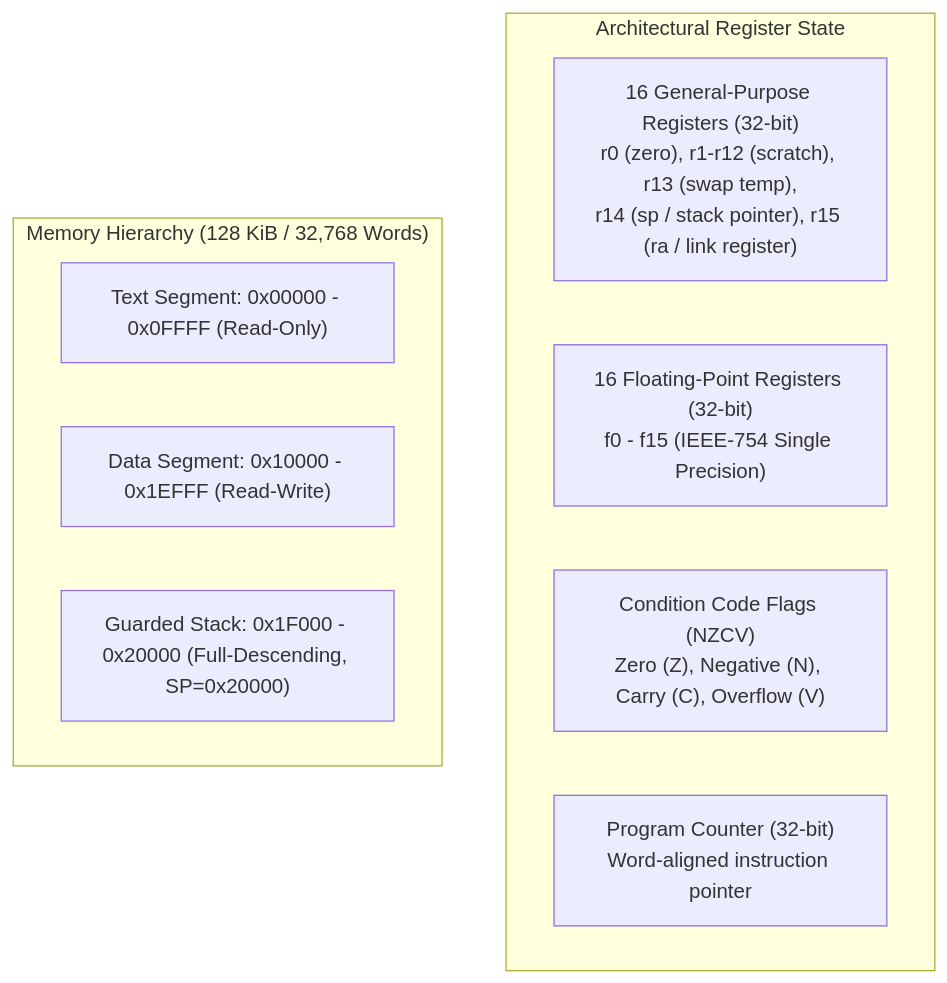
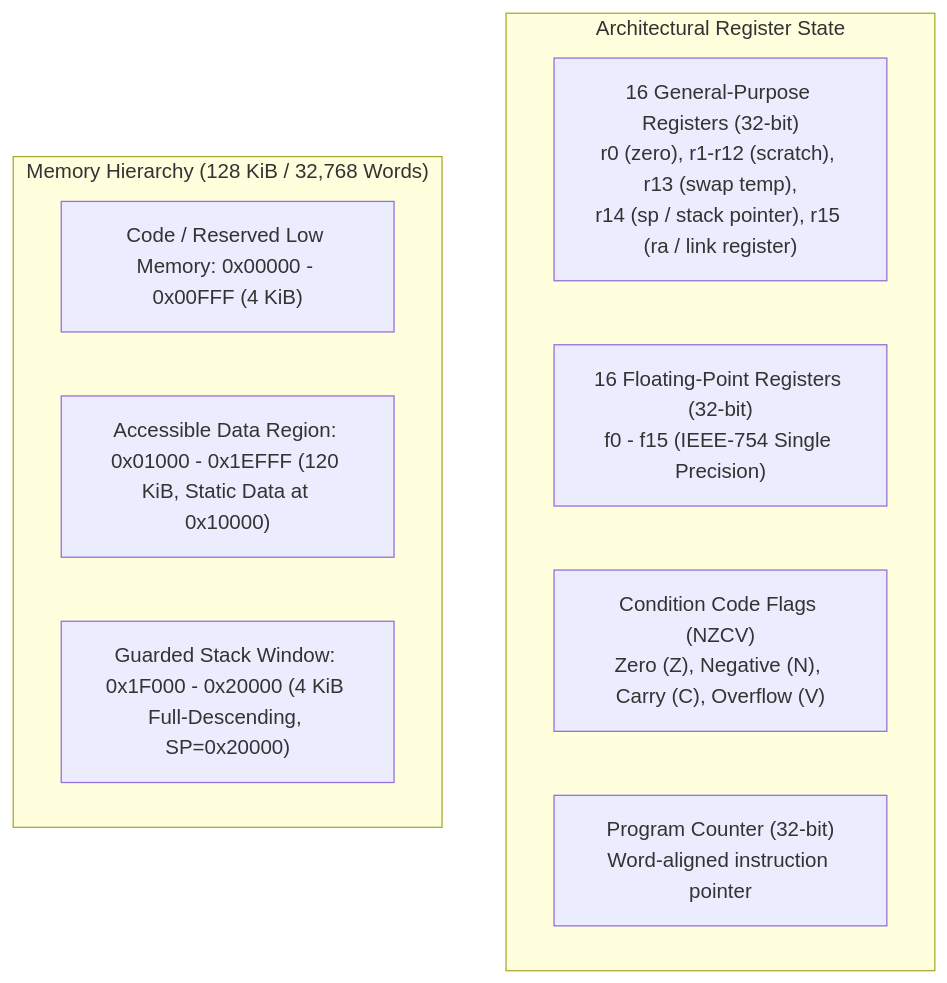
The first of 3 diagrams in docs/architecture.md (garv-iitr/Monolith), drawn with Mermaid before and after one commit. The commit also changed other lines of this file and 13 other files, not shown here.

````diff
--- a/docs/architecture.md
+++ b/docs/architecture.md
@@ -13,15 +25,29 @@
 ```mermaid
+
 graph TD
+
     subgraph RegState [" Architectural Register State "]
+
         GPR["16 General-Purpose Registers (32-bit)<br/>r0 (zero), r1-r12 (scratch), r13 (swap temp),<br/>r14 (sp / stack pointer), r15 (ra / link register)"]
+
         FPR["16 Floating-Point Registers (32-bit)<br/>f0 - f15 (IEEE-754 Single Precision)"]
+
         FLAGS["Condition Code Flags (NZCV)<br/>Zero (Z), Negative (N), Carry (C), Overflow (V)"]
+
         PC["Program Counter (32-bit)<br/>Word-aligned instruction pointer"]
+
     end
 
+
+
     subgraph MemoryState [" Memory Hierarchy (128 KiB / 32,768 Words) "]
-        TEXT["Text Segment: 0x00000 - 0x0FFFF (Read-Only)"]
-        DATA["Data Segment: 0x10000 - 0x1EFFF (Read-Write)"]
-        STACK["Guarded Stack: 0x1F000 - 0x20000 (Full-Descending, SP=0x20000)"]
+
+        TEXT["Code / Reserved Low Memory: 0x00000 - 0x00FFF (4 KiB)"]
+
+        DATA["Accessible Data Region: 0x01000 - 0x1EFFF (120 KiB, Static Data at 0x10000)"]
+
+        STACK["Guarded Stack Window: 0x1F000 - 0x20000 (4 KiB Full-Descending, SP=0x20000)"]
+
     end
+
 ```
````
